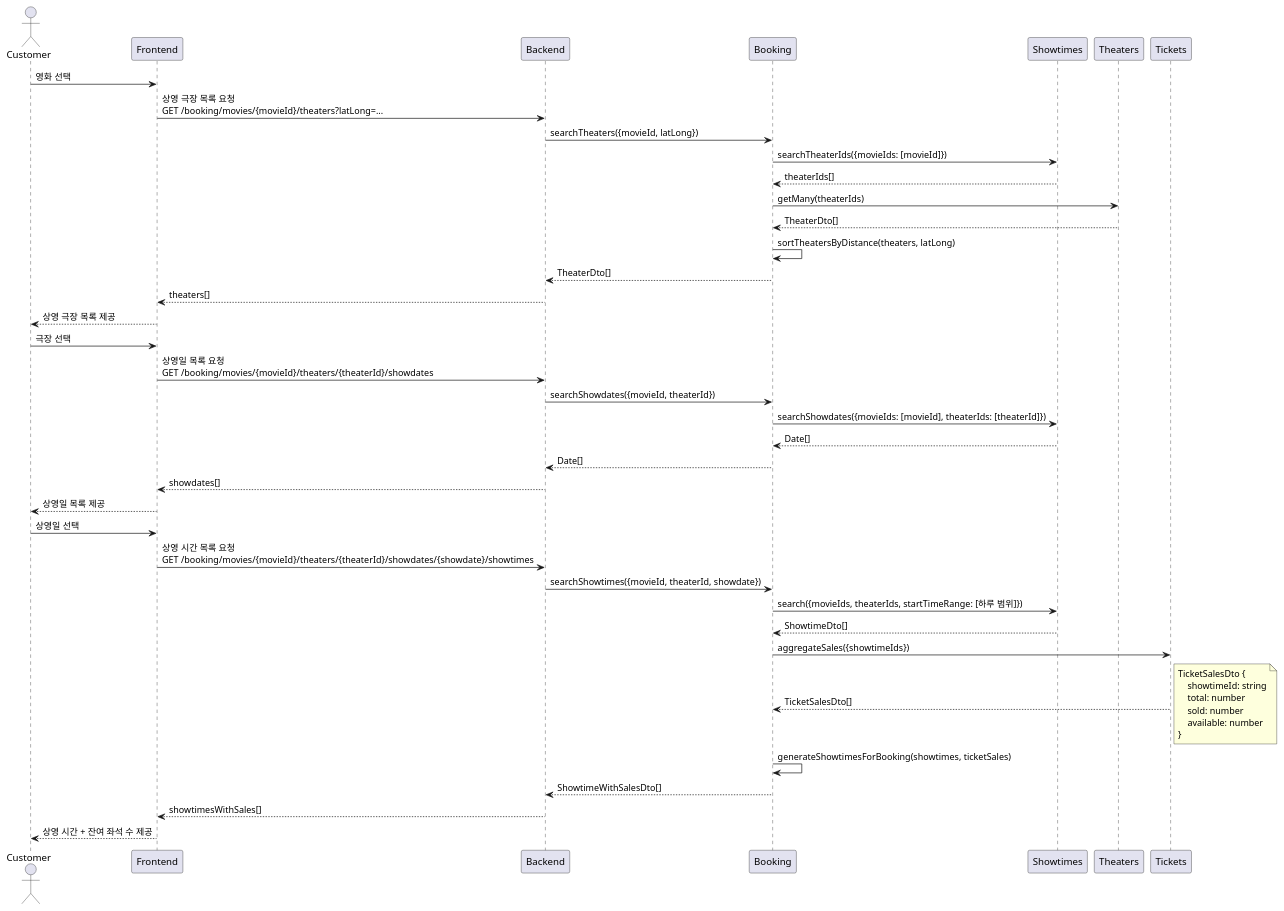
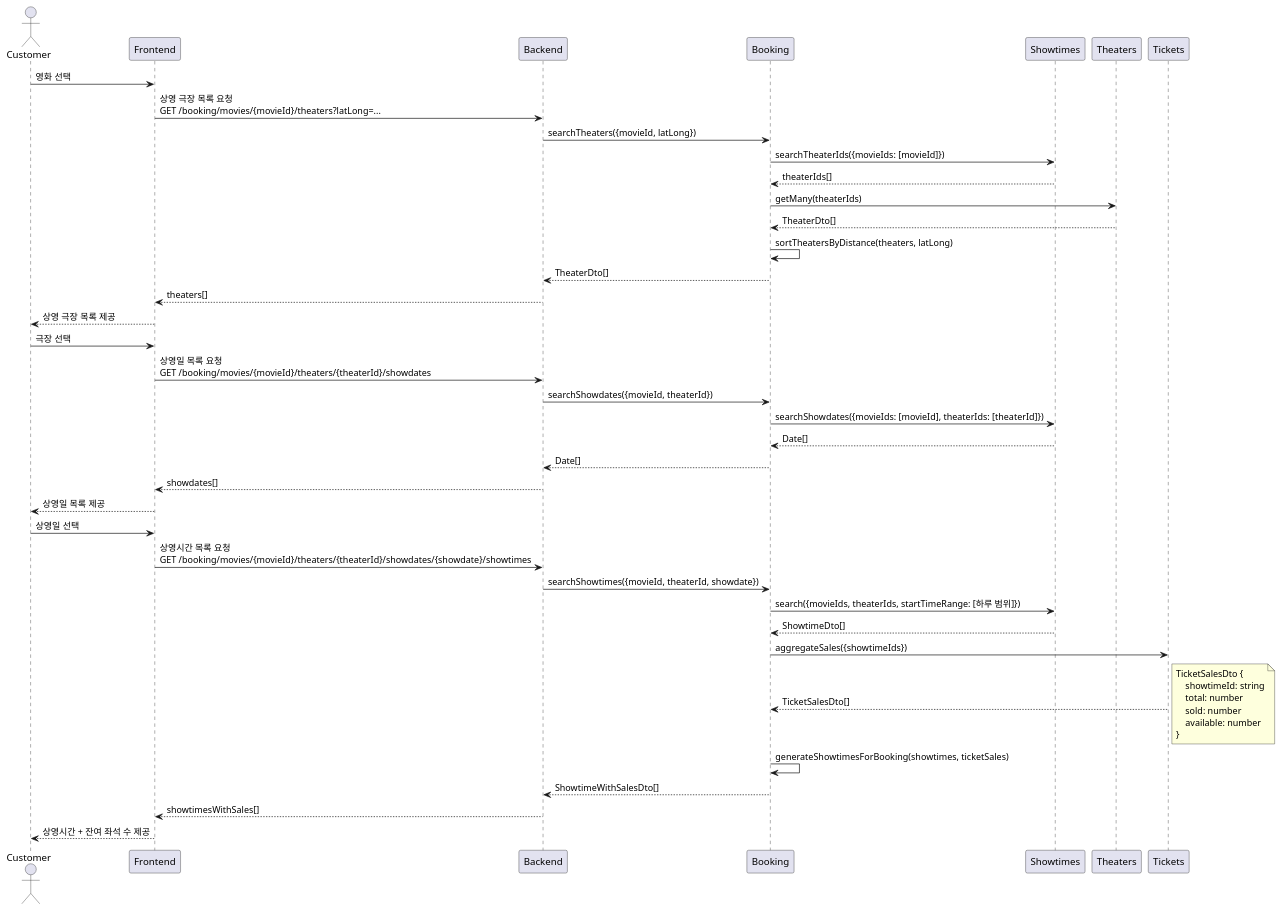
One commit to mannercode/nest-seed changed the second of 5 diagrams in docs/designs/tickets-purchase.md. Above: the diagram before and after it, drawn with PlantUML. The commit also changed other lines of this file and 5 other files, not shown here.

````diff
--- a/docs/designs/tickets-purchase.md
+++ b/docs/designs/tickets-purchase.md
@@ -77,46 +77,46 @@
 ```plantuml
 @startuml
 actor Customer
 
 Customer -> Frontend: 영화 선택
     Frontend -> Backend: 상영 극장 목록 요청\nGET /booking/movies/{movieId}/theaters?latLong=...
         Backend -> Booking: searchTheaters({movieId, latLong})
             Booking -> Showtimes: searchTheaterIds({movieIds: [movieId]})
             Booking <-- Showtimes: theaterIds[]
             Booking -> Theaters: getMany(theaterIds)
             Booking <-- Theaters: TheaterDto[]
             Booking -> Booking: sortTheatersByDistance(theaters, latLong)
         Backend <-- Booking: TheaterDto[]
     Frontend <-- Backend: theaters[]
 Customer <-- Frontend: 상영 극장 목록 제공
 
 Customer -> Frontend: 극장 선택
     Frontend -> Backend: 상영일 목록 요청\nGET /booking/movies/{movieId}/theaters/{theaterId}/showdates
         Backend -> Booking: searchShowdates({movieId, theaterId})
             Booking -> Showtimes: searchShowdates({movieIds: [movieId], theaterIds: [theaterId]})
             Booking <-- Showtimes: Date[]
         Backend <-- Booking: Date[]
     Frontend <-- Backend: showdates[]
 Customer <-- Frontend: 상영일 목록 제공
 
 Customer -> Frontend: 상영일 선택
-    Frontend -> Backend: 상영 시간 목록 요청\nGET /booking/movies/{movieId}/theaters/{theaterId}/showdates/{showdate}/showtimes
+    Frontend -> Backend: 상영시간 목록 요청\nGET /booking/movies/{movieId}/theaters/{theaterId}/showdates/{showdate}/showtimes
         Backend -> Booking: searchShowtimes({movieId, theaterId, showdate})
             Booking -> Showtimes: search({movieIds, theaterIds, startTimeRange: [하루 범위]})
             Booking <-- Showtimes: ShowtimeDto[]
             Booking -> Tickets: aggregateSales({showtimeIds})
             Booking <-- Tickets: TicketSalesDto[]
             note right
             TicketSalesDto {
                 showtimeId: string
                 total: number
                 sold: number
                 available: number
             }
             end note
             Booking -> Booking: generateShowtimesForBooking(showtimes, ticketSales)
         Backend <-- Booking: ShowtimeWithSalesDto[]
     Frontend <-- Backend: showtimesWithSales[]
-Customer <-- Frontend: 상영 시간 + 잔여 좌석 수 제공
+Customer <-- Frontend: 상영시간 + 잔여 좌석 수 제공
 @enduml
 ```
````
